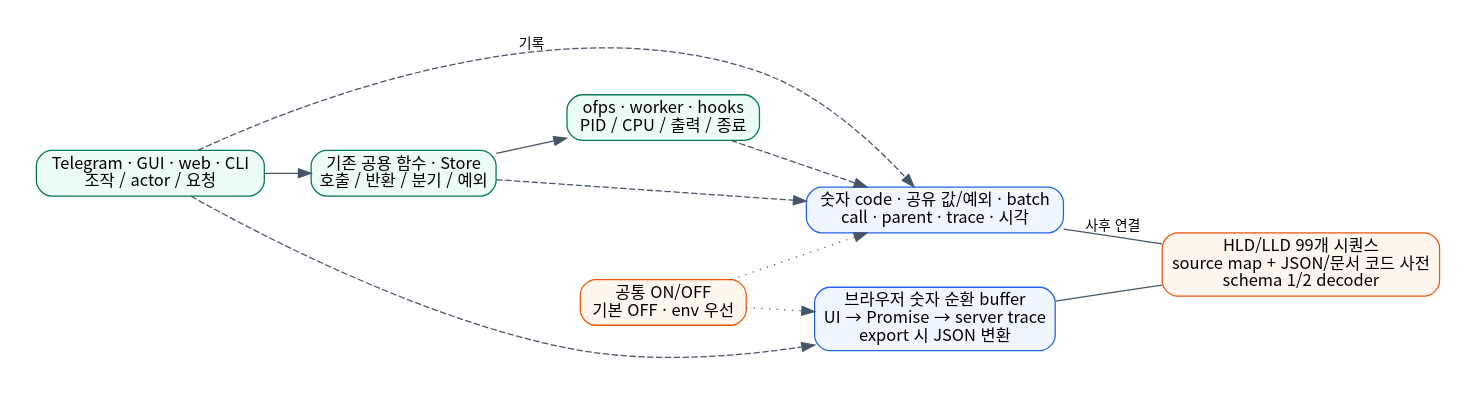
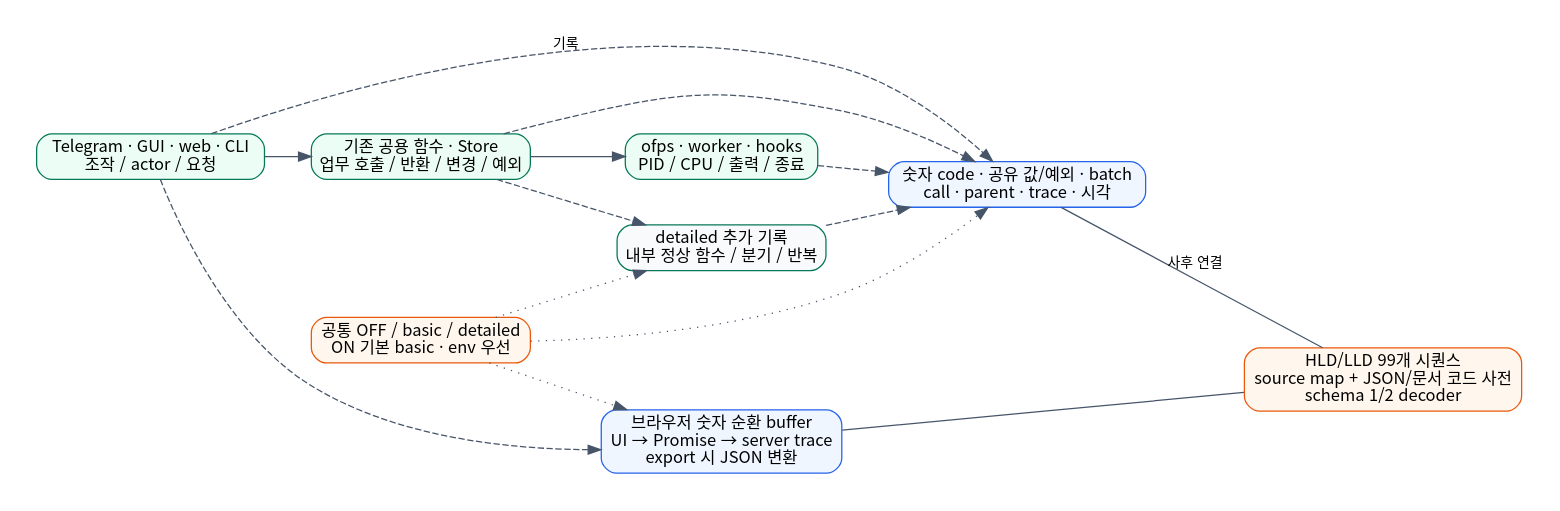
The diagram in docs/diagrams/diagnostic-logging.dot (jo0n-lab/cfd-bot), drawn with Graphviz before and after one commit. The commit also changed 68 other files, not shown here.

Commit message:
feat: separate basic workflow logs from detailed tracing (#30)

```diff
--- a/docs/diagrams/diagnostic-logging.dot
+++ b/docs/diagrams/diagnostic-logging.dot
@@ -1,21 +1,25 @@
 digraph diagnostics {
   graph [rankdir=LR, bgcolor="white", pad="0.3", nodesep="0.5", fontname="Noto Sans CJK KR"];
   node [shape=box, style="rounded,filled", fillcolor="#ecfdf5", color="#047857", fontname="Noto Sans CJK KR", fontsize=13];
   edge [fontname="Noto Sans CJK KR", fontsize=11, color="#475569"];
   ui [label="Telegram · GUI · web · CLI\n조작 / actor / 요청"];
-  domain [label="기존 공용 함수 · Store\n호출 / 반환 / 분기 / 예외"];
+  domain [label="기존 공용 함수 · Store\n업무 호출 / 반환 / 변경 / 예외"];
   process [label="ofps · worker · hooks\nPID / CPU / 출력 / 종료"];
   log [label="숫자 code · 공유 값/예외 · batch\ncall · parent · trace · 시각", fillcolor="#eff6ff", color="#2563eb"];
   browser [label="브라우저 숫자 순환 buffer\nUI → Promise → server trace\nexport 시 JSON 변환", fillcolor="#eff6ff", color="#2563eb"];
   map [label="HLD/LLD 99개 시퀀스\nsource map + JSON/문서 코드 사전\nschema 1/2 decoder", fillcolor="#fff7ed", color="#ea580c"];
-  control [label="공통 ON/OFF\n기본 OFF · env 우선", fillcolor="#fff7ed", color="#ea580c"];
+  control [label="공통 OFF / basic / detailed\nON 기본 basic · env 우선", fillcolor="#fff7ed", color="#ea580c"];
   ui -> domain -> process;
   ui -> log [style=dashed, label="기록"];
   domain -> log [style=dashed];
   process -> log [style=dashed];
   ui -> browser [style=dashed];
   log -> map [dir=none, label="사후 연결"];
   browser -> map [dir=none];
+  detail [label="detailed 추가 기록\n내부 정상 함수 / 분기 / 반복", fillcolor="#f8fafc"];
+  domain -> detail [style=dashed];
+  detail -> log [style=dashed];
+  control -> detail [style=dotted];
   control -> log [style=dotted];
   control -> browser [style=dotted];
 }
```
